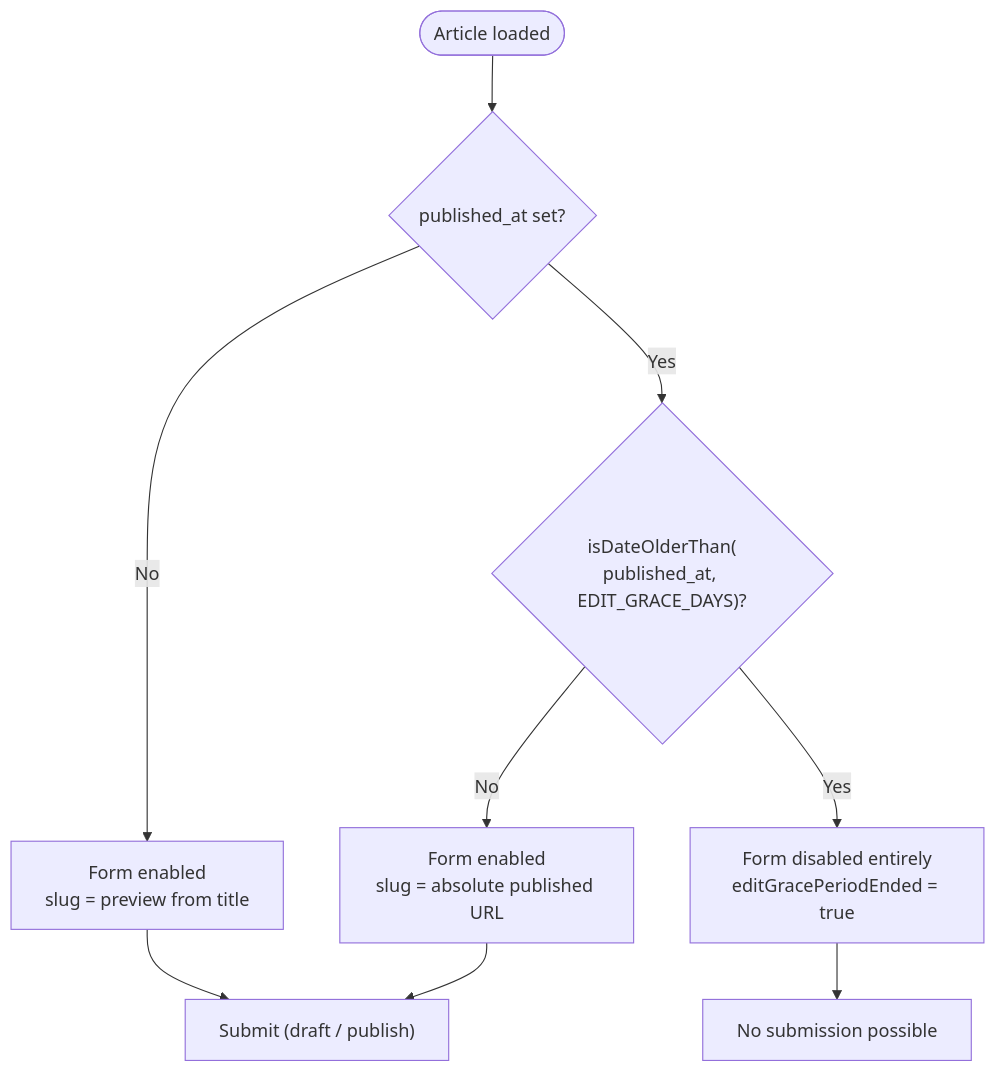
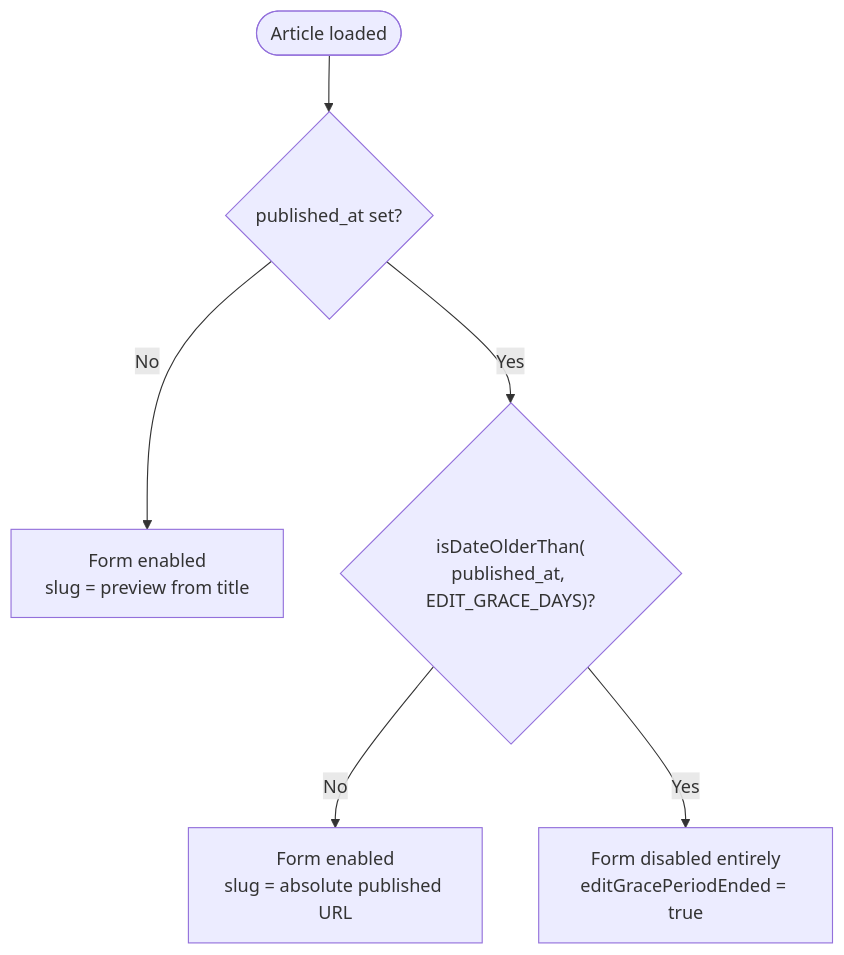
One commit to jackcasstlesjones/ozeaon-wiki changed the third of 3 diagrams in src/content/docs/features/articles-authoring.md. Above: the diagram before and after it, drawn with Mermaid. The commit also changed other lines of this file and 4 other files, not shown here.

````diff
--- a/src/content/docs/features/articles-authoring.md
+++ b/src/content/docs/features/articles-authoring.md
@@ -557,11 +125,8 @@
 ```mermaid
 flowchart TD
     Start(["Article loaded"]) --> Published{"published_at set?"}
     Published -->|"No"| Editable["Form enabled<br/>slug = preview from title"]
     Published -->|"Yes"| Older{"isDateOlderThan(<br/>published_at, EDIT_GRACE_DAYS)?"}
     Older -->|"No"| StillEditable["Form enabled<br/>slug = absolute published URL"]
     Older -->|"Yes"| Locked["Form disabled entirely<br/>editGracePeriodEnded = true"]
-    StillEditable --> Submit["Submit (draft / publish)"]
-    Editable --> Submit
-    Locked --> NoSubmit["No submission possible"]
 ```
````
